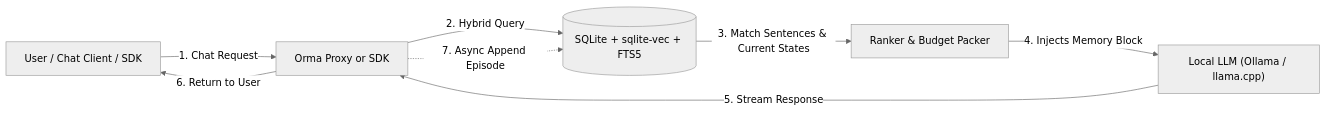
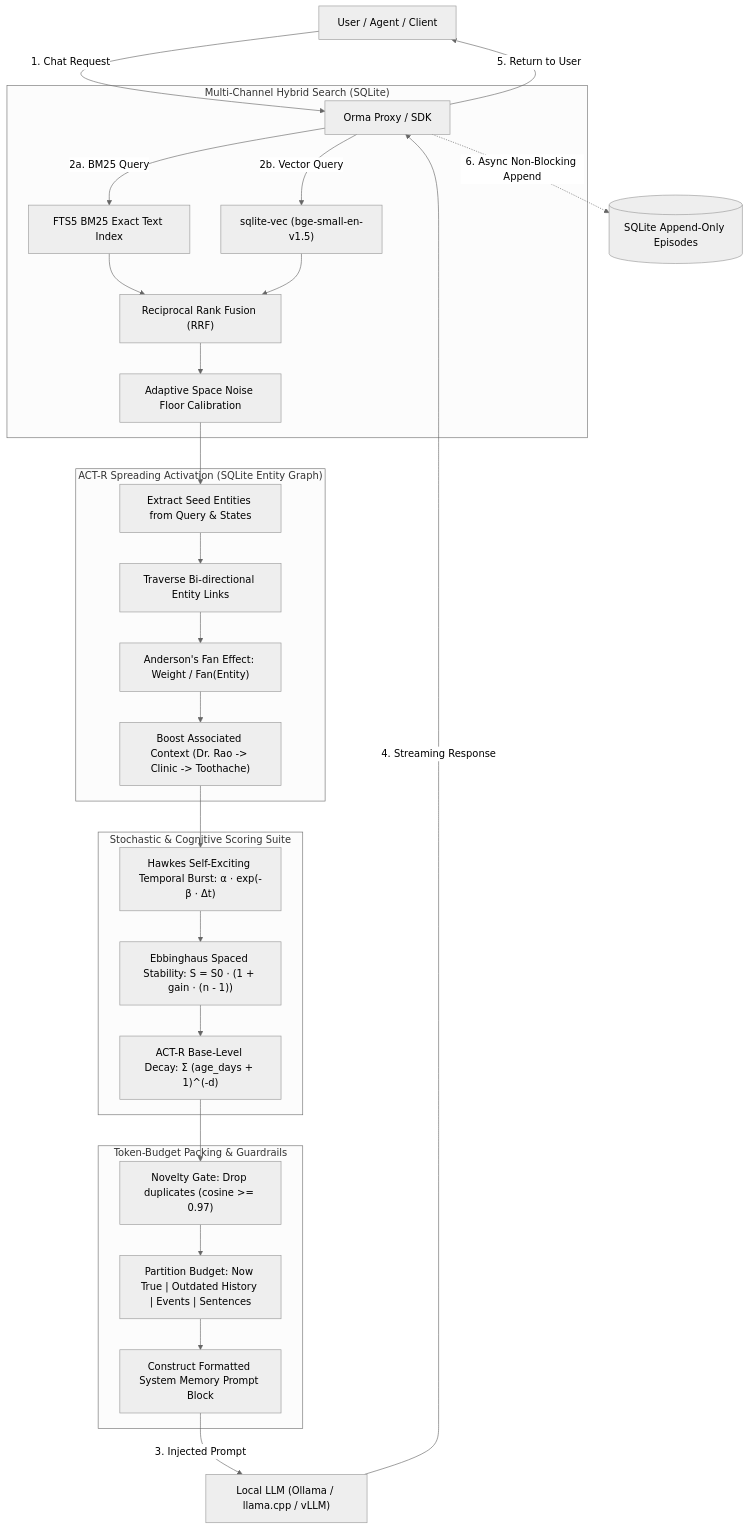
The first of 2 diagrams in README.md (wizardwithcodehazard/orma), drawn with Mermaid (neutral theme) before and after one commit. The commit also changed other lines of this file, not shown here.

Commit message:
docs(readme): enrich architecture diagrams and add mathematical deep-dive for cognitive retrieval suite

````diff
--- a/README.md
+++ b/README.md
@@ -48,10 +48,36 @@
 ```mermaid
-flowchart LR
-    User["User / Chat Client / SDK"] -->|"1. Chat Request"| Proxy["Orma Proxy or SDK"]
-    Proxy -->|"2. Hybrid Query"| Store[("SQLite + sqlite-vec + FTS5")]
-    Store -->|"3. Match Sentences & Current States"| Ranker["Ranker & Budget Packer"]
-    Ranker -->|"4. Injects Memory Block"| Upstream["Local LLM (Ollama / llama.cpp)"]
-    Upstream -->|"5. Stream Response"| Proxy
-    Proxy -->|"6. Return to User"| User
-    Proxy -.->|"7. Async Append Episode"| Store
+flowchart TD
+    User["User / Agent / Client"] -->|"1. Chat Request"| Proxy["Orma Proxy / SDK"]
+    
+    subgraph MultiSearch ["Multi-Channel Hybrid Search (SQLite)"]
+        Proxy -->|"2a. BM25 Query"| FTS["FTS5 BM25 Exact Text Index"]
+        Proxy -->|"2b. Vector Query"| Vec["sqlite-vec (bge-small-en-v1.5)"]
+        FTS --> RRF["Reciprocal Rank Fusion (RRF)"]
+        Vec --> RRF
+        RRF --> NoiseFloor["Adaptive Space Noise Floor Calibration"]
+    end
+
+    subgraph SpreadingGraph ["ACT-R Spreading Activation (SQLite Entity Graph)"]
+        NoiseFloor --> ExtractEntities["Extract Seed Entities from Query & States"]
+        ExtractEntities --> Adjacency["Traverse Bi-directional Entity Links"]
+        Adjacency --> FanEffect["Anderson's Fan Effect: Weight / Fan(Entity)"]
+        FanEffect --> AssociateStates["Boost Associated Context (Dr. Rao -> Clinic -> Toothache)"]
+    end
+
+    subgraph CognitiveRanker ["Stochastic & Cognitive Scoring Suite"]
+        AssociateStates --> Hawkes["Hawkes Self-Exciting Temporal Burst: α · exp(-β · Δt)"]
+        Hawkes --> Ebbinghaus["Ebbinghaus Spaced Stability: S = S0 · (1 + gain · (n - 1))"]
+        Ebbinghaus --> BaseLevel["ACT-R Base-Level Decay: Σ (age_days + 1)^(-d)"]
+    end
+
+    subgraph BudgetPacker ["Token-Budget Packing & Guardrails"]
+        BaseLevel --> Novelty["Novelty Gate: Drop duplicates (cosine >= 0.97)"]
+        Novelty --> Partition["Partition Budget: Now True | Outdated History | Events | Sentences"]
+        Partition --> MemoryBlock["Construct Formatted System Memory Prompt Block"]
+    end
+
+    MemoryBlock -->|"3. Injected Prompt"| Upstream["Local LLM (Ollama / llama.cpp / vLLM)"]
+    Upstream -->|"4. Streaming Response"| Proxy
+    Proxy -->|"5. Return to User"| User
+    Proxy -.->|"6. Async Non-Blocking Append"| EpisodicLog[("SQLite Append-Only Episodes")]
 ```
````
